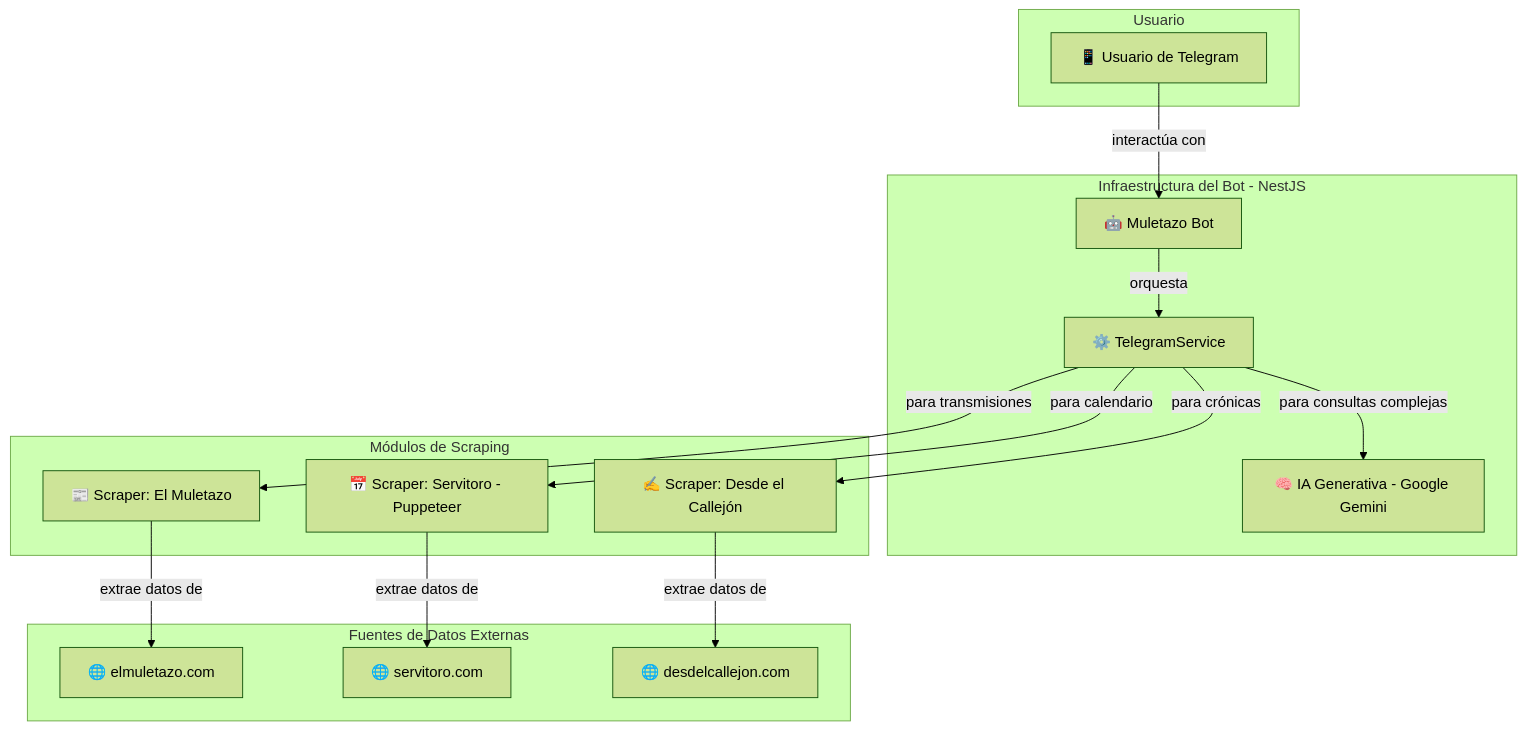
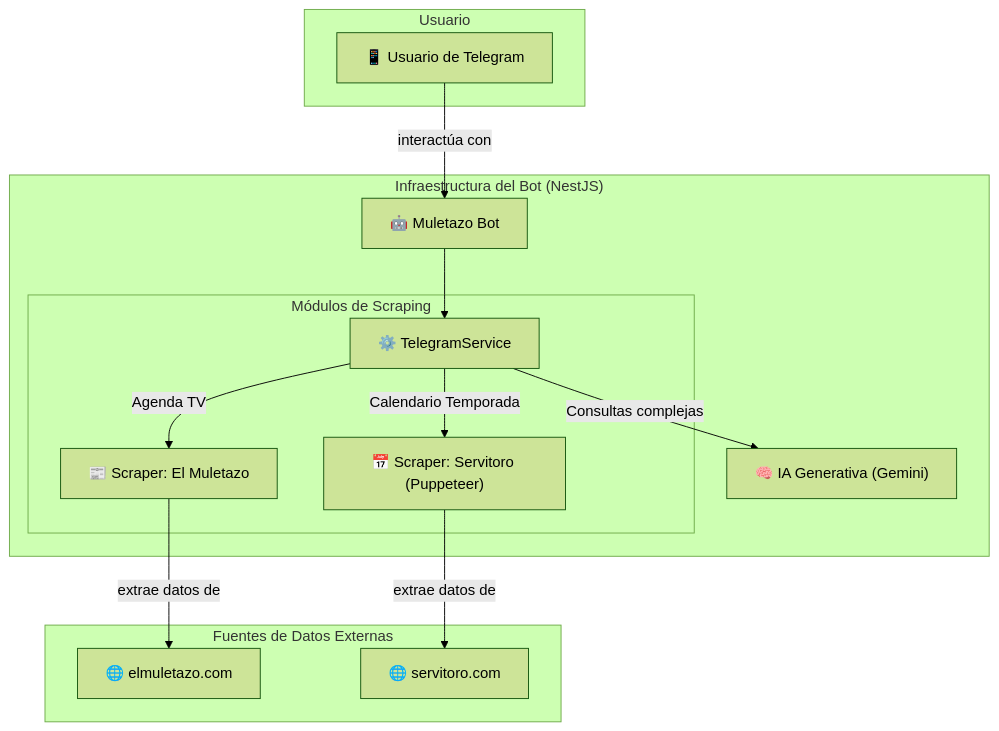
Before and after one commit to RubenDarioGuerreroNeira/canales-taurinos: the diagram in README.md, drawn with Mermaid (forest theme). The commit also changed 1 other file, not shown here.

Commit message:
add improve Telegram Service Calendario corridas en colombia, y mejora del esquema en Readme

````diff
--- a/README.md
+++ b/README.md
@@ -49,36 +49,24 @@
 ```mermaid
 graph TD
     subgraph Usuario
         User["📱 Usuario de Telegram"]
     end
 
-    subgraph Infraestructura["Infraestructura del Bot - NestJS"]
-        Bot["🤖 Muletazo Bot"]
-        TelegramService["⚙️ TelegramService"]
-        Gemini["🧠 IA Generativa - Google Gemini"]
+    User -->|"interactúa con"| Bot
+
+    subgraph "Infraestructura del Bot (NestJS)"
+        Bot["🤖 Muletazo Bot"] --> TelegramService["⚙️ TelegramService"]
+
+        TelegramService -->|"Consultas complejas"| Gemini["🧠 IA Generativa (Gemini)"]
+
+        subgraph "Módulos de Scraping"
+            TelegramService -->|"Agenda TV"| ScraperService["📰 Scraper: El Muletazo"]
+            TelegramService -->|"Calendario Temporada"| ServitoroService["📅 Scraper: Servitoro (Puppeteer)"]
+        end
     end
 
-    subgraph Scraping["Módulos de Scraping"]
-        ScraperService["📰 Scraper: El Muletazo"]
-        ServitoroService["📅 Scraper: Servitoro - Puppeteer"]
-        DesdelcallejonService["✍️ Scraper: Desde el Callejón"]
+    subgraph "Fuentes de Datos Externas"
+        ScraperService -->|"extrae datos de"| ElMuletazo["🌐 elmuletazo.com"]
+        ServitoroService -->|"extrae datos de"| Servitoro["🌐 servitoro.com"]
     end
-
-    subgraph Fuentes["Fuentes de Datos Externas"]
-        ElMuletazo["🌐 elmuletazo.com"]
-        Servitoro["🌐 servitoro.com"]
-        Desdelcallejon["🌐 desdelcallejon.com"]
-    end
-
-    User -->|"interactúa con"| Bot
-    Bot -->|"orquesta"| TelegramService
-
-    TelegramService -->|"para consultas complejas"| Gemini
-    TelegramService -->|"para transmisiones"| ScraperService
-    TelegramService -->|"para calendario"| ServitoroService
-    TelegramService -->|"para crónicas"| DesdelcallejonService
-
-    ScraperService -->|"extrae datos de"| ElMuletazo
-    ServitoroService -->|"extrae datos de"| Servitoro
-    DesdelcallejonService -->|"extrae datos de"| Desdelcallejon
 ```
````
